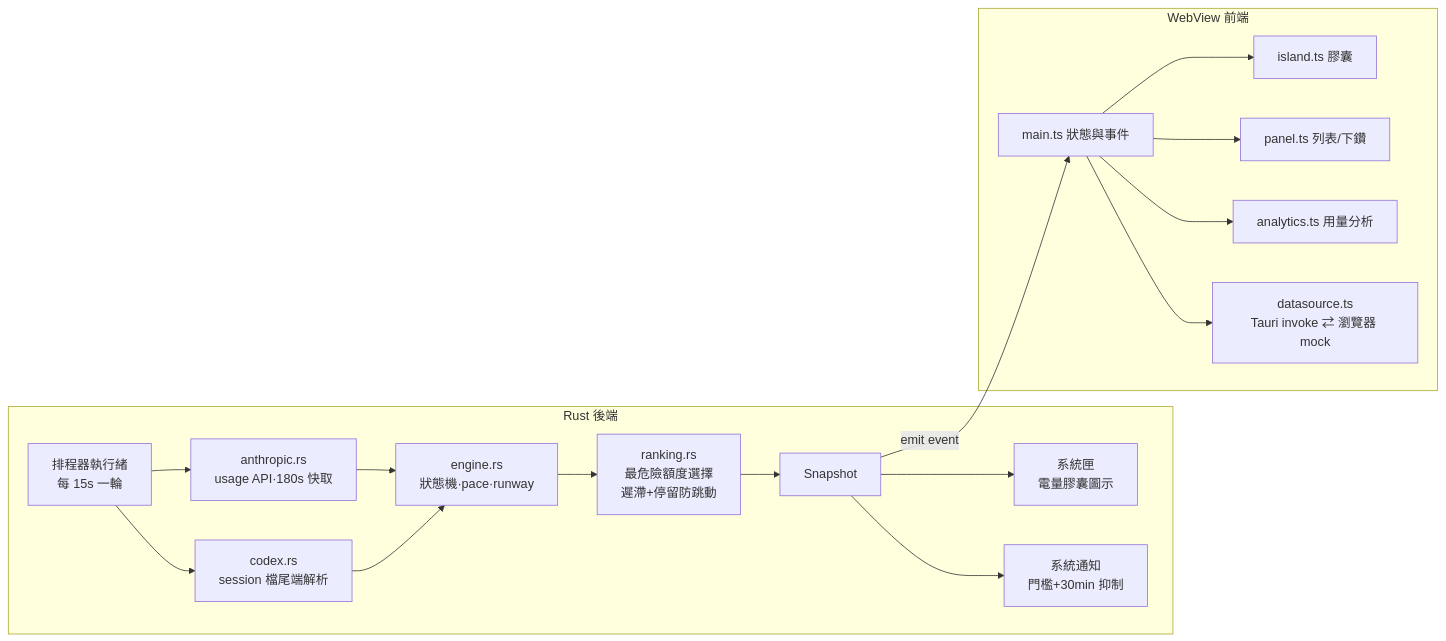
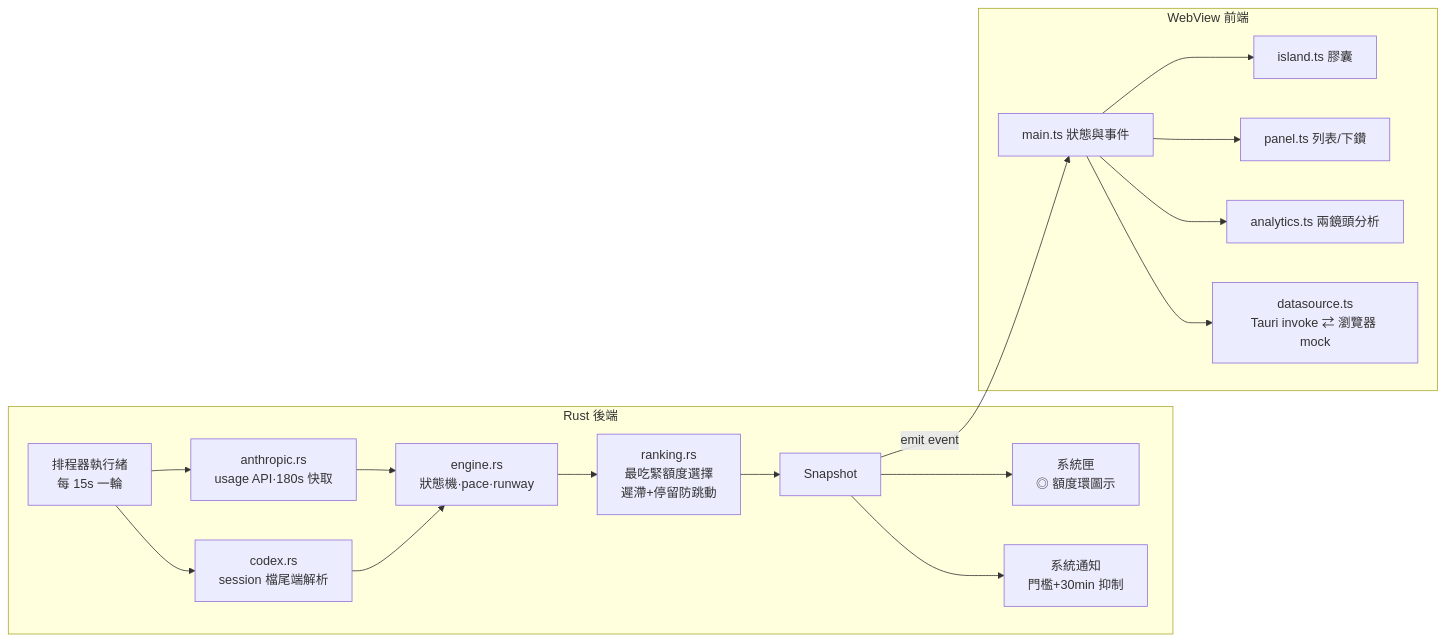
One commit to Chi19961122/Chi_Tokenbar changed the diagram in README.md. Above: the diagram before and after it, drawn with Mermaid. The commit also changed other lines of this file and 3 other files, not shown here.

````diff
--- a/README.md
+++ b/README.md
@@ -91,19 +94,19 @@
 ```mermaid
 flowchart LR
     subgraph Rust 後端
         S[排程器執行緒<br/>每 15s 一輪] --> PA[anthropic.rs<br/>usage API·180s 快取]
         S --> PC[codex.rs<br/>session 檔尾端解析]
         PA & PC --> E[engine.rs<br/>狀態機·pace·runway]
-        E --> R[ranking.rs<br/>最危險額度選擇<br/>遲滯+停留防跳動]
+        E --> R[ranking.rs<br/>最吃緊額度選擇<br/>遲滯+停留防跳動]
         R --> SNAP[Snapshot]
-        SNAP --> TRAY[系統匣<br/>電量膠囊圖示]
+        SNAP --> TRAY[系統匣<br/>◎ 額度環圖示]
         SNAP --> N[系統通知<br/>門檻+30min 抑制]
     end
     SNAP -- emit event --> F
     subgraph WebView 前端
         F[main.ts 狀態與事件] --> I[island.ts 膠囊]
         F --> P[panel.ts 列表/下鑽]
-        F --> A[analytics.ts 用量分析]
+        F --> A[analytics.ts 兩鏡頭分析]
         F --> D[datasource.ts<br/>Tauri invoke ⇄ 瀏覽器 mock]
     end
 ```
````
